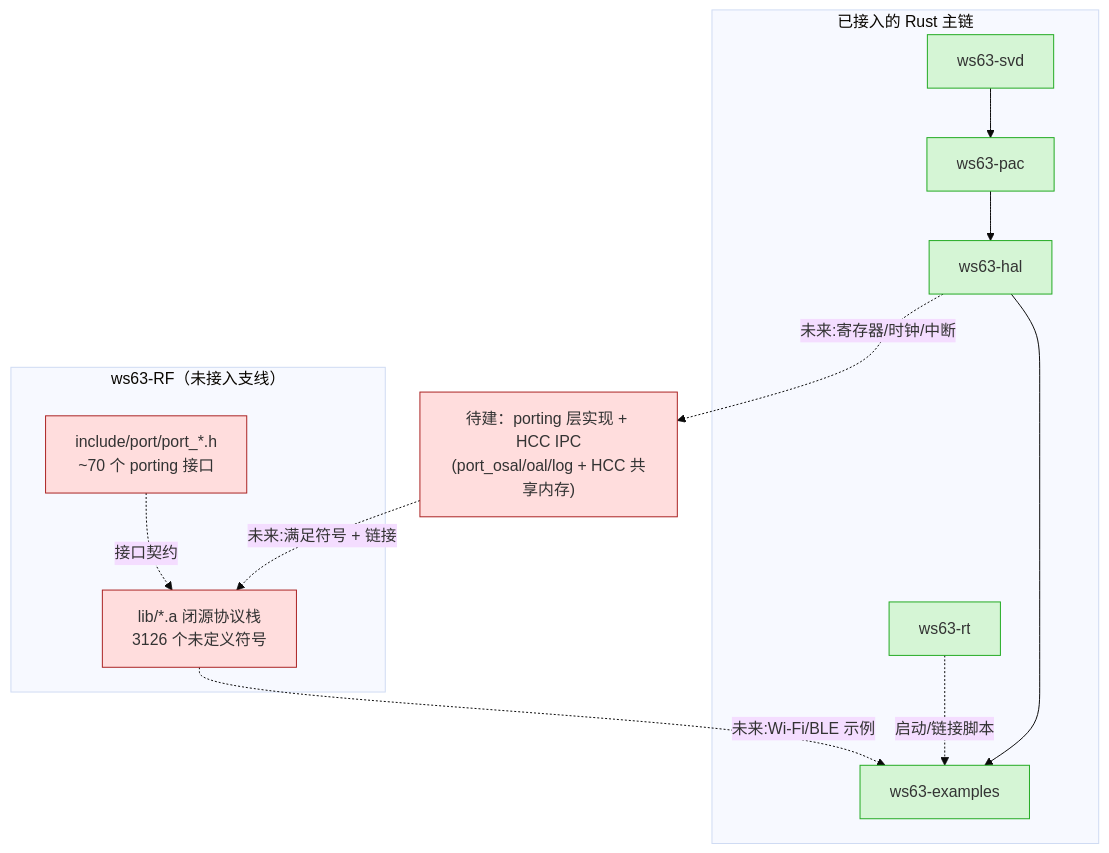
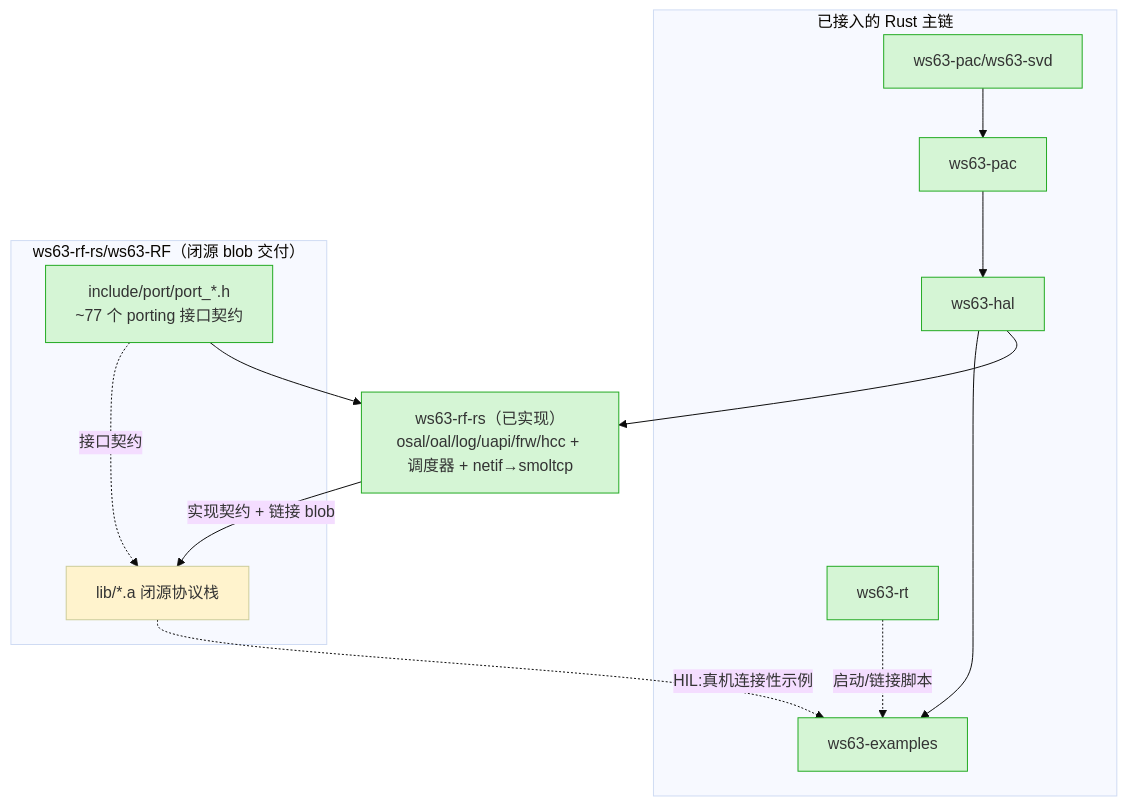
One commit to hispark-rs/hisi-riscv-rs changed the diagram in docs/architecture/ws63-RF.md. Above: the diagram before and after it, drawn with Mermaid (base theme). The commit also changed other lines of this file and 7 other files, not shown here.

First line of the commit message:
docs(arch): de-stale the architecture docs across the board

````diff
--- a/docs/architecture/ws63-RF.md
+++ b/docs/architecture/ws63-RF.md
@@ -24,23 +24,24 @@
 ```mermaid
 graph TD
     subgraph 主链["已接入的 Rust 主链"]
-        SVD[ws63-svd] --> PAC[ws63-pac]
+        SVD[ws63-pac/ws63-svd] --> PAC[ws63-pac]
         PAC --> HAL[ws63-hal]
         HAL --> EX[ws63-examples]
         RT[ws63-rt] -.启动/链接脚本.-> EX
     end
-    subgraph RF["ws63-RF（未接入支线）"]
-        BLOB["lib/*.a 闭源协议栈<br/>3126 个未定义符号"]
-        PORT["include/port/port_*.h<br/>~70 个 porting 接口"]
+    subgraph RF["ws63-rf-rs/ws63-RF（闭源 blob 交付）"]
+        BLOB["lib/*.a 闭源协议栈"]
+        PORT["include/port/port_*.h<br/>~77 个 porting 接口契约"]
         PORT -.接口契约.-> BLOB
     end
-    PLATFORM["待建：porting 层实现 + HCC IPC<br/>(port_osal/oal/log + HCC 共享内存)"]
-    HAL -.未来:寄存器/时钟/中断.-> PLATFORM
-    PLATFORM -.未来:满足符号 + 链接.-> BLOB
-    BLOB -.未来:Wi-Fi/BLE 示例.-> EX
+    PLATFORM["ws63-rf-rs（已实现）<br/>osal/oal/log/uapi/frw/hcc + 调度器 + netif→smoltcp"]
+    HAL --> PLATFORM
+    PORT --> PLATFORM
+    PLATFORM -->|实现契约 + 链接 blob| BLOB
+    BLOB -.HIL:真机连接性示例.-> EX
 
     classDef done fill:#d5f5d5,stroke:#2a2;
-    classDef todo fill:#fdd,stroke:#a22;
-    class SVD,PAC,HAL,EX,RT done;
-    class BLOB,PORT,PLATFORM todo;
+    classDef hil fill:#fff3cd,stroke:#cc9;
+    class SVD,PAC,HAL,EX,RT,PORT,PLATFORM done;
+    class BLOB hil;
 ```
````
